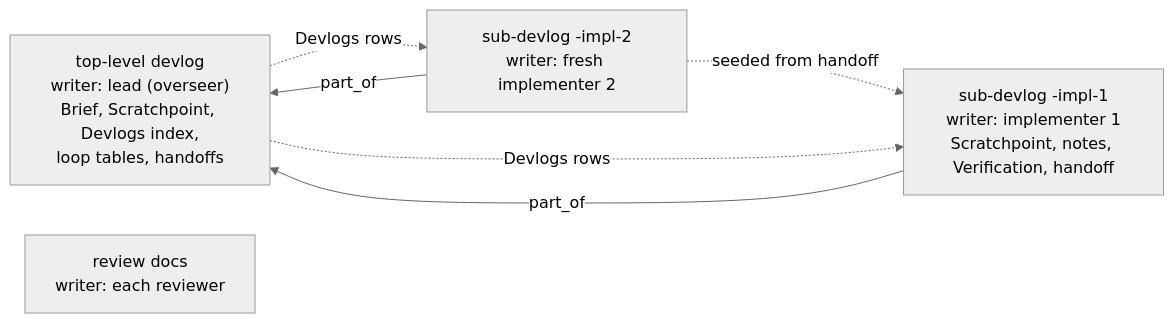
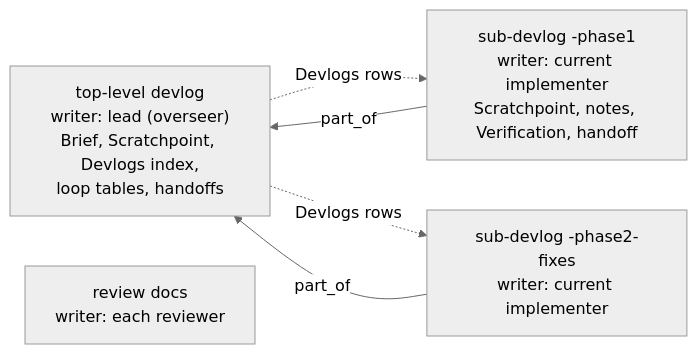
One commit to weftwiseink/clauthier changed the diagram in cdocs/proposals/2026-10-06-devlog-ownership-rework.md. Above: the diagram before and after it, drawn with Mermaid (neutral theme). The commit also changed other lines of this file, not shown here.

First line of the commit message:
docs(proposals): devlog ownership r1 revision, sub-devlogs by concern, one writer at a time

````diff
--- a/cdocs/proposals/2026-10-06-devlog-ownership-rework.md
+++ b/cdocs/proposals/2026-10-06-devlog-ownership-rework.md
@@ -66,12 +68,11 @@
 ```mermaid
 flowchart LR
   T["top-level devlog<br/>writer: lead (overseer)<br/>Brief, Scratchpoint, Devlogs index,<br/>loop tables, handoffs"]
-  I1["sub-devlog -impl-1<br/>writer: implementer 1<br/>Scratchpoint, notes, Verification, handoff"]
-  I2["sub-devlog -impl-2<br/>writer: fresh implementer 2"]
+  C1["sub-devlog -phase1<br/>writer: current implementer<br/>Scratchpoint, notes, Verification, handoff"]
+  C2["sub-devlog -phase2-fixes<br/>writer: current implementer"]
   R["review docs<br/>writer: each reviewer"]
-  I1 -- part_of --> T
-  I2 -- part_of --> T
-  I2 -. seeded from handoff .-> I1
-  T -. Devlogs rows .-> I1
-  T -. Devlogs rows .-> I2
+  C1 -- part_of --> T
+  C2 -- part_of --> T
+  T -. Devlogs rows .-> C1
+  T -. Devlogs rows .-> C2
 ```
````
